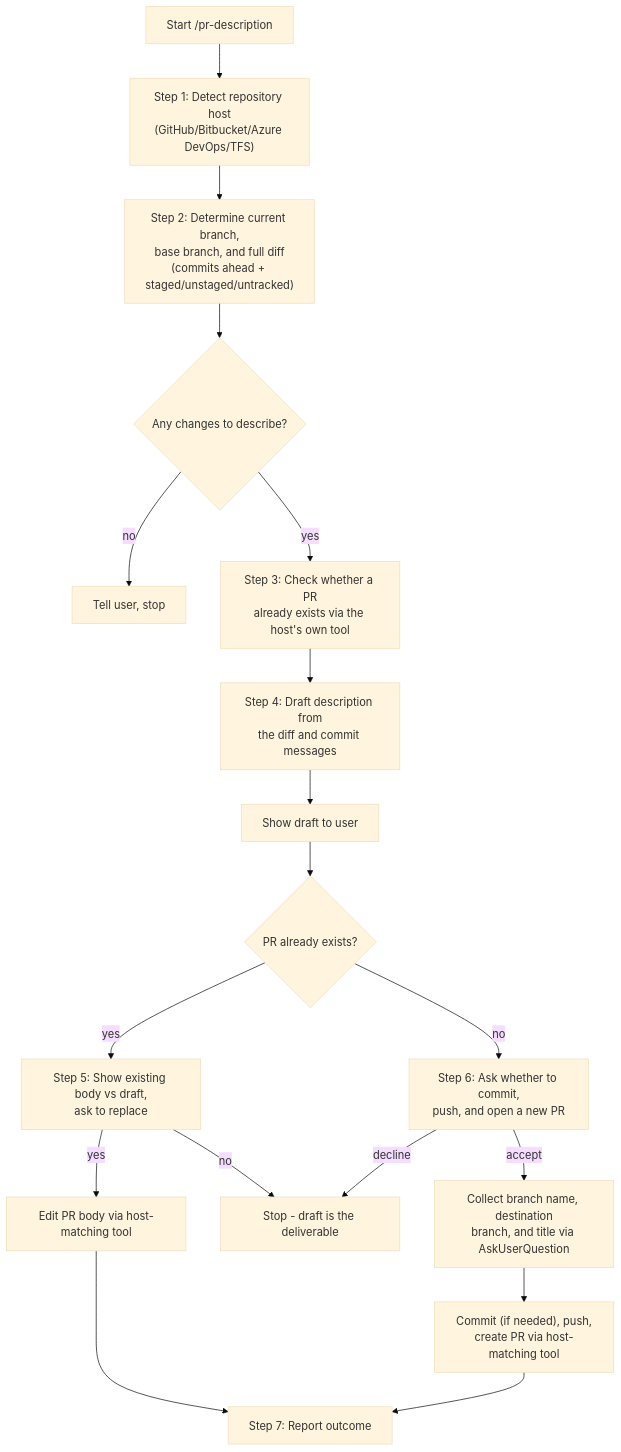
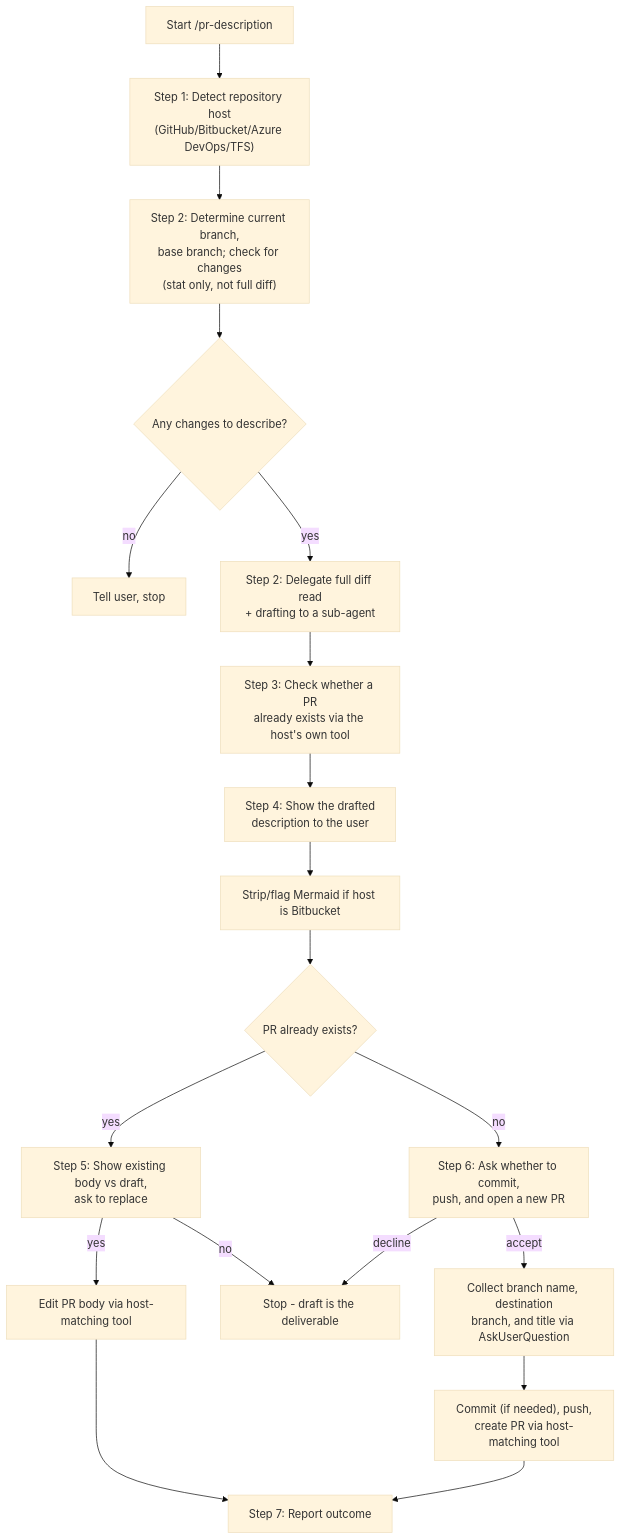
One commit to albertoirurueta/ai-catalog changed the diagram in docs/modules/ROOT/pages/skills/pr-description.adoc. Above: the diagram before and after it, drawn with Mermaid (base theme). The commit also changed other lines of this file and 35 other files, not shown here.

```diff
--- a/docs/modules/ROOT/pages/skills/pr-description.adoc
+++ b/docs/modules/ROOT/pages/skills/pr-description.adoc
@@ -63,21 +65,22 @@
 [mermaid]
 ....
 flowchart TD
     A[Start /pr-description] --> B["Step 1: Detect repository host\n(GitHub/Bitbucket/Azure DevOps/TFS)"]
-    B --> C["Step 2: Determine current branch,\nbase branch, and full diff\n(commits ahead + staged/unstaged/untracked)"]
+    B --> C["Step 2: Determine current branch,\nbase branch; check for changes\n(stat only, not full diff)"]
     C --> D{Any changes to describe?}
     D -- no --> Z[Tell user, stop]
-    D -- yes --> E["Step 3: Check whether a PR\nalready exists via the host's own tool"]
-    E --> F["Step 4: Draft description from\nthe diff and commit messages"]
-    F --> G[Show draft to user]
+    D -- yes --> C2["Step 2: Delegate full diff read\n+ drafting to a sub-agent"]
+    C2 --> E["Step 3: Check whether a PR\nalready exists via the host's own tool"]
+    E --> F["Step 4: Show the drafted\ndescription to the user"]
+    F --> G[Strip/flag Mermaid if host is Bitbucket]
     G --> H{PR already exists?}
     H -- yes --> I["Step 5: Show existing body vs draft,\nask to replace"]
     I -- yes --> J["Edit PR body via host-matching tool"]
     I -- no --> Y[Stop - draft is the deliverable]
     H -- no --> K["Step 6: Ask whether to commit,\npush, and open a new PR"]
     K -- decline --> Y
     K -- accept --> L["Collect branch name, destination\nbranch, and title via AskUserQuestion"]
     L --> M["Commit (if needed), push,\ncreate PR via host-matching tool"]
     J --> N["Step 7: Report outcome"]
     M --> N
 ....
```
